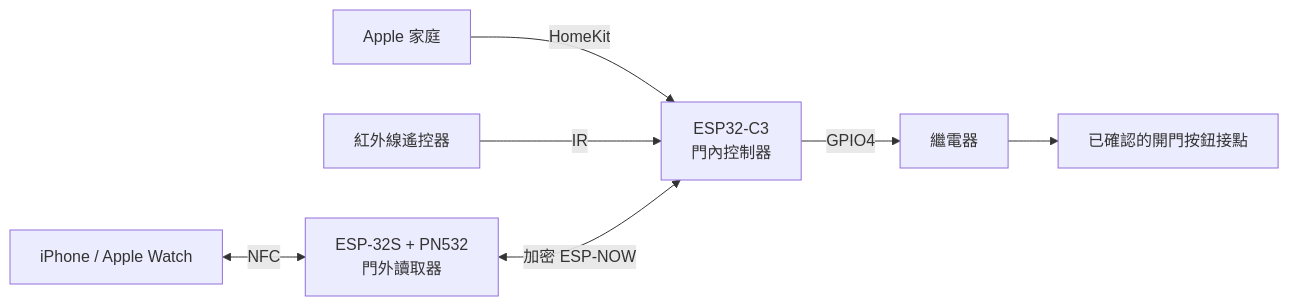
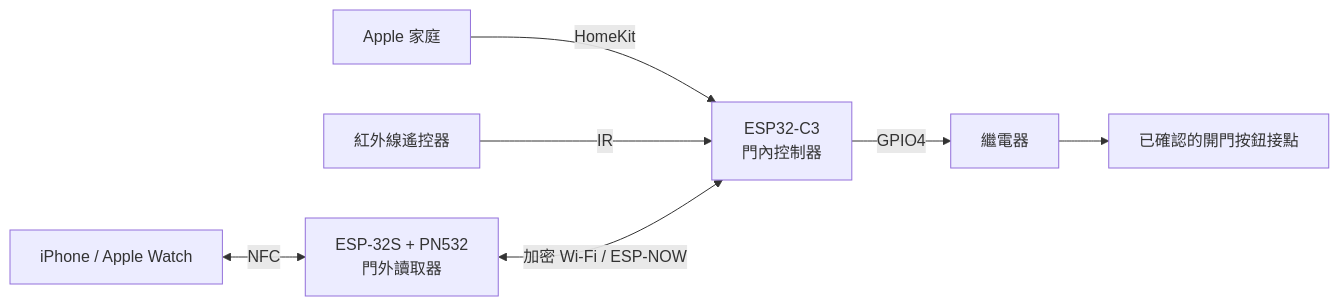
Before and after one commit to yuyan2123/OpenLatch: the diagram in README.md, drawn with Mermaid. The commit also changed other lines of this file and 24 other files, not shown here.

````diff
--- a/README.md
+++ b/README.md
@@ -30,9 +30,9 @@
 ```mermaid
 flowchart LR
     home["Apple 家庭"] -->|HomeKit| indoor["ESP32-C3<br/>門內控制器"]
     remote["紅外線遙控器"] -->|IR| indoor
     phone["iPhone / Apple Watch"] <-->|NFC| outdoor["ESP-32S + PN532<br/>門外讀取器"]
-    outdoor <-->|加密 ESP-NOW| indoor
+    outdoor <-->|加密 Wi‑Fi / ESP‑NOW| indoor
     indoor -->|GPIO4| relay["繼電器"]
     relay --> contact["已確認的開門按鈕接點"]
 ```
````
